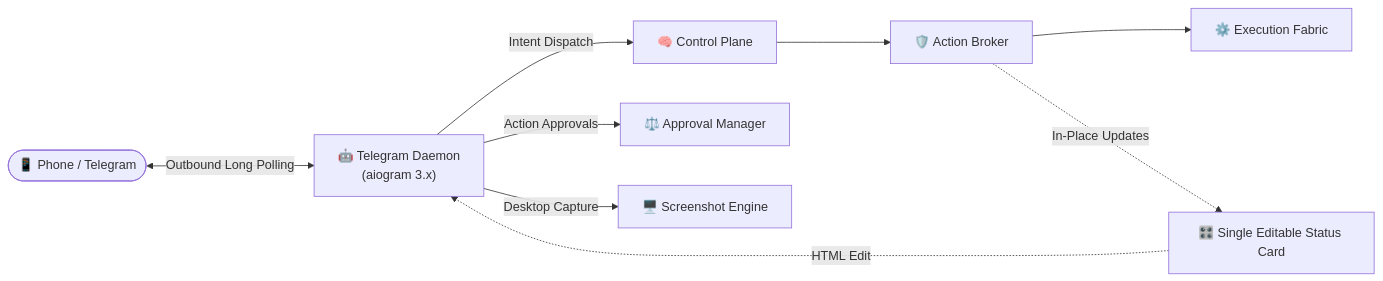
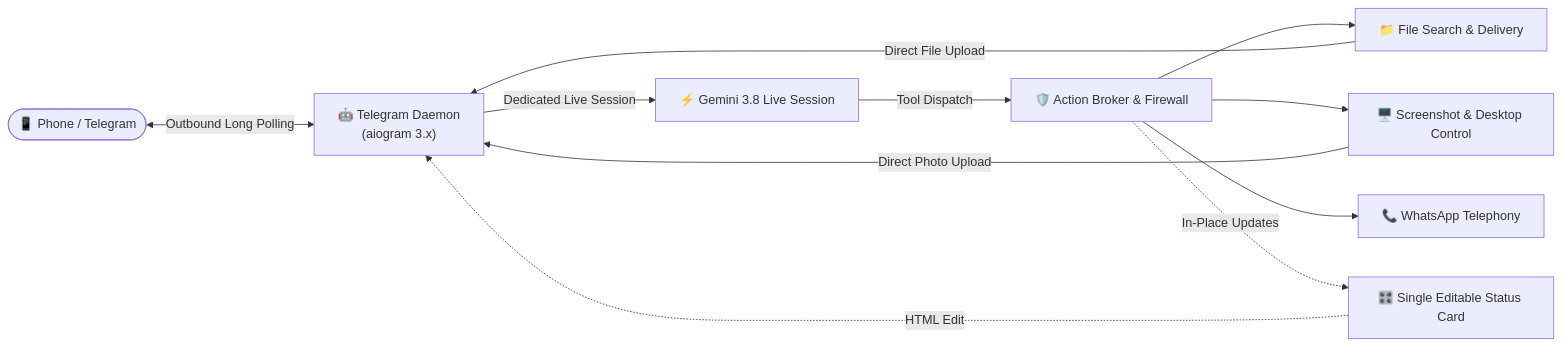
Before and after one commit to deepakrakshit/jarvis-ai: the fifth of 7 diagrams in README.md, drawn with Mermaid. The commit also changed other lines of this file and 3 other files, not shown here.

Commit message:
docs(telegram): update documentation, architecture diagrams, and simplify env template

````diff
--- a/README.md
+++ b/README.md
@@ -212,11 +212,13 @@
 ```mermaid
 graph LR
     Phone(["📱 Phone / Telegram"]) <-->|Outbound Long Polling| HostBot["🤖 Telegram Daemon\n(aiogram 3.x)"]
-    HostBot -->|Intent Dispatch| CP["🧠 Control Plane"]
-    HostBot -->|Action Approvals| ApprovalMgr["⚖️ Approval Manager"]
-    HostBot -->|Desktop Capture| WinHost["🖥️ Screenshot Engine"]
-    CP --> Broker["🛡️ Action Broker"]
-    Broker --> Fabric["⚙️ Execution Fabric"]
+    HostBot -->|Dedicated Live Session| TGLive["⚡ Gemini 3.8 Live Session"]
+    TGLive -->|Tool Dispatch| Broker["🛡️ Action Broker & Firewall"]
+    Broker --> Filesystem["📁 File Search & Delivery"]
+    Broker --> WinHost["🖥️ Screenshot & Desktop Control"]
+    Broker --> VoIP["📞 WhatsApp Telephony"]
+    Filesystem -->|Direct File Upload| HostBot
+    WinHost -->|Direct Photo Upload| HostBot
     Broker -.->|In-Place Updates| SingleCard["🎛️ Single Editable Status Card"]
     SingleCard -.->|HTML Edit| HostBot
 ```
````
